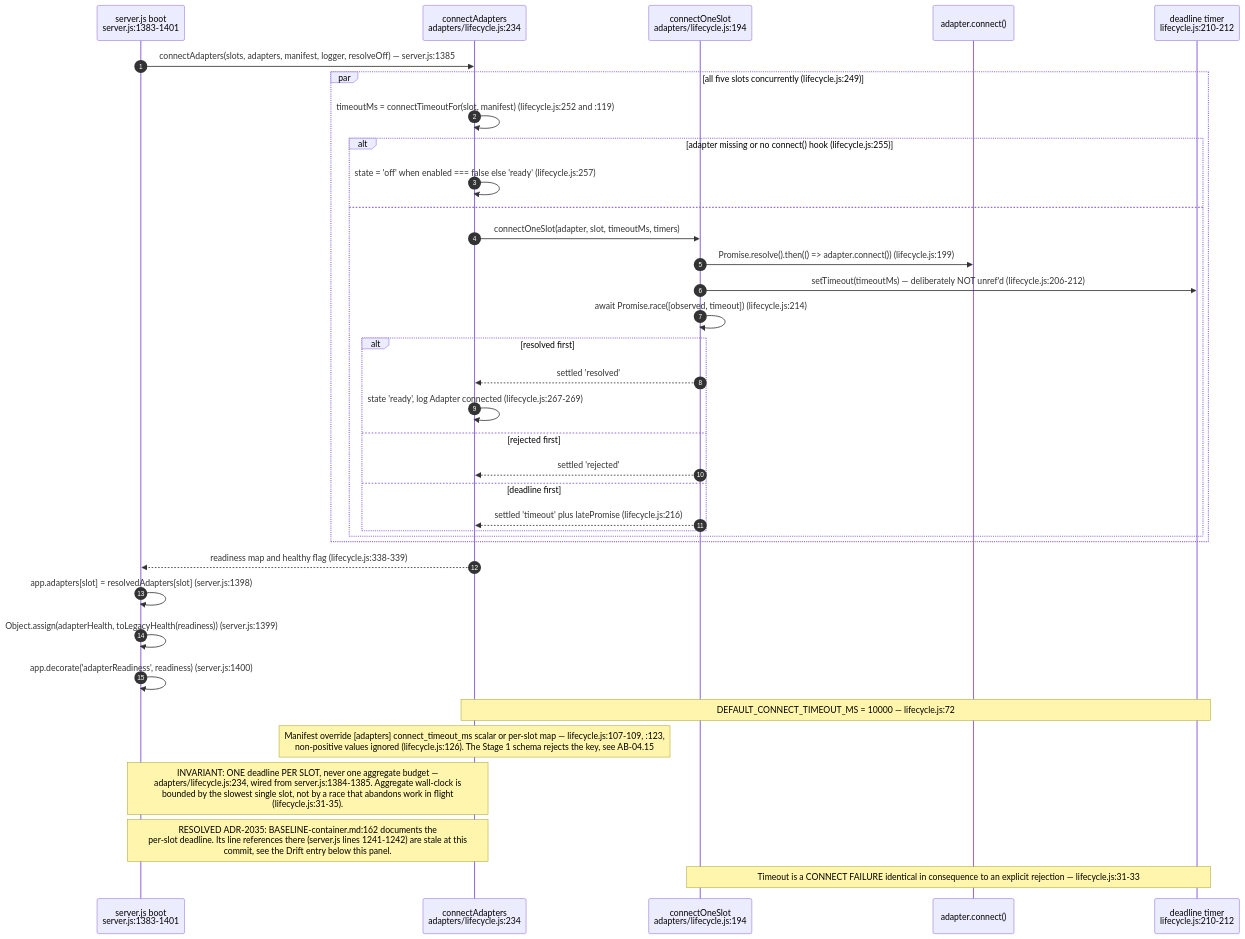
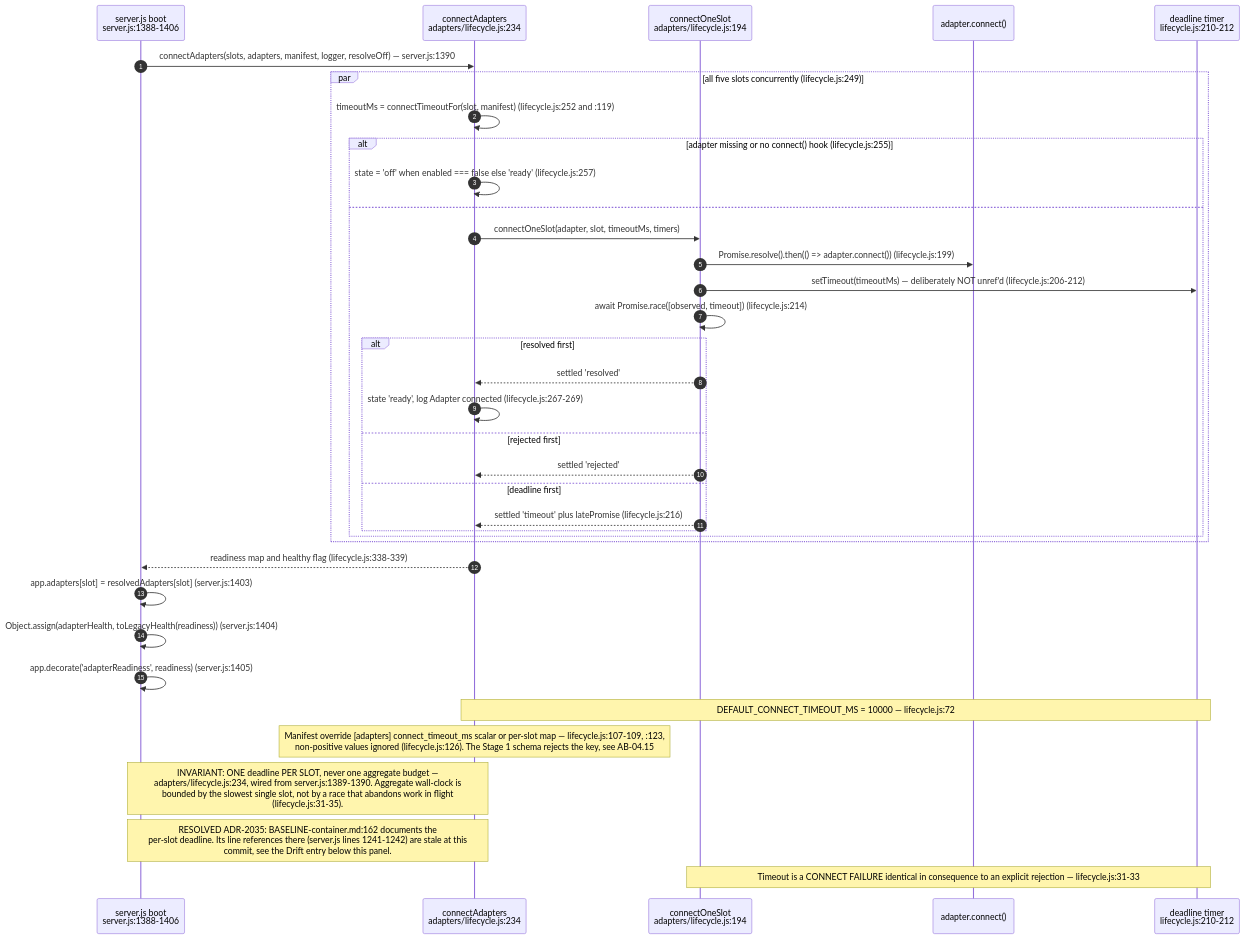
One commit to DreamLab-AI/VisionFlow changed the sixth of 17 diagrams in docs/diagrams/agentbox/04-adapter-spine.md. Above: the diagram before and after it, drawn with Mermaid. The commit also changed other lines of this file and 18 other files, not shown here.

First line of the commit message:
docs(diagrams): freeze panels for fixed defects and add successors at the fix revisions

````diff
--- a/docs/diagrams/agentbox/04-adapter-spine.md
+++ b/docs/diagrams/agentbox/04-adapter-spine.md
@@ -269,39 +270,39 @@
 ```mermaid
 sequenceDiagram
     autonumber
-    participant SV as server.js boot<br/>server.js:1383-1401
+    participant SV as server.js boot<br/>server.js:1388-1406
     participant LC as connectAdapters<br/>adapters/lifecycle.js:234
     participant CO as connectOneSlot<br/>adapters/lifecycle.js:194
     participant AD as adapter.connect()
     participant T as deadline timer<br/>lifecycle.js:210-212
 
-    SV->>LC: connectAdapters(slots, adapters, manifest, logger, resolveOff) — server.js:1385
+    SV->>LC: connectAdapters(slots, adapters, manifest, logger, resolveOff) — server.js:1390
     par all five slots concurrently (lifecycle.js:249)
         LC->>LC: timeoutMs = connectTimeoutFor(slot, manifest) (lifecycle.js:252 and :119)
         alt adapter missing or no connect() hook (lifecycle.js:255)
             LC->>LC: state = 'off' when enabled === false else 'ready' (lifecycle.js:257)
         else
             LC->>CO: connectOneSlot(adapter, slot, timeoutMs, timers)
             CO->>AD: Promise.resolve().then(() => adapter.connect()) (lifecycle.js:199)
             CO->>T: setTimeout(timeoutMs) — deliberately NOT unref'd (lifecycle.js:206-212)
             CO->>CO: await Promise.race([observed, timeout]) (lifecycle.js:214)
             alt resolved first
                 CO-->>LC: settled 'resolved'
                 LC->>LC: state 'ready', log Adapter connected (lifecycle.js:267-269)
             else rejected first
                 CO-->>LC: settled 'rejected'
             else deadline first
                 CO-->>LC: settled 'timeout' plus latePromise (lifecycle.js:216)
             end
         end
     end
     LC-->>SV: readiness map and healthy flag (lifecycle.js:338-339)
-    SV->>SV: app.adapters[slot] = resolvedAdapters[slot] (server.js:1398)
-    SV->>SV: Object.assign(adapterHealth, toLegacyHealth(readiness)) (server.js:1399)
-    SV->>SV: app.decorate('adapterReadiness', readiness) (server.js:1400)
+    SV->>SV: app.adapters[slot] = resolvedAdapters[slot] (server.js:1403)
+    SV->>SV: Object.assign(adapterHealth, toLegacyHealth(readiness)) (server.js:1404)
+    SV->>SV: app.decorate('adapterReadiness', readiness) (server.js:1405)
     Note over LC,T: DEFAULT_CONNECT_TIMEOUT_MS = 10000 — lifecycle.js:72
     Note over LC: Manifest override [adapters] connect_timeout_ms scalar or per-slot map — lifecycle.js:107-109, :123,<br/>non-positive values ignored (lifecycle.js:126). The Stage 1 schema rejects the key, see AB-04.15
-    Note over SV,LC: INVARIANT: ONE deadline PER SLOT, never one aggregate budget —<br/>adapters/lifecycle.js:234, wired from server.js:1384-1385. Aggregate wall-clock is<br/>bounded by the slowest single slot, not by a race that abandons work in flight<br/>(lifecycle.js:31-35).
+    Note over SV,LC: INVARIANT: ONE deadline PER SLOT, never one aggregate budget —<br/>adapters/lifecycle.js:234, wired from server.js:1389-1390. Aggregate wall-clock is<br/>bounded by the slowest single slot, not by a race that abandons work in flight<br/>(lifecycle.js:31-35).
     Note over SV,LC: RESOLVED ADR-2035: BASELINE-container.md:162 documents the<br/>per-slot deadline. Its line references there (server.js lines 1241-1242) are stale at this<br/>commit, see the Drift entry below this panel.
     Note over CO,T: Timeout is a CONNECT FAILURE identical in consequence to an explicit rejection — lifecycle.js:31-33
 ```
````
